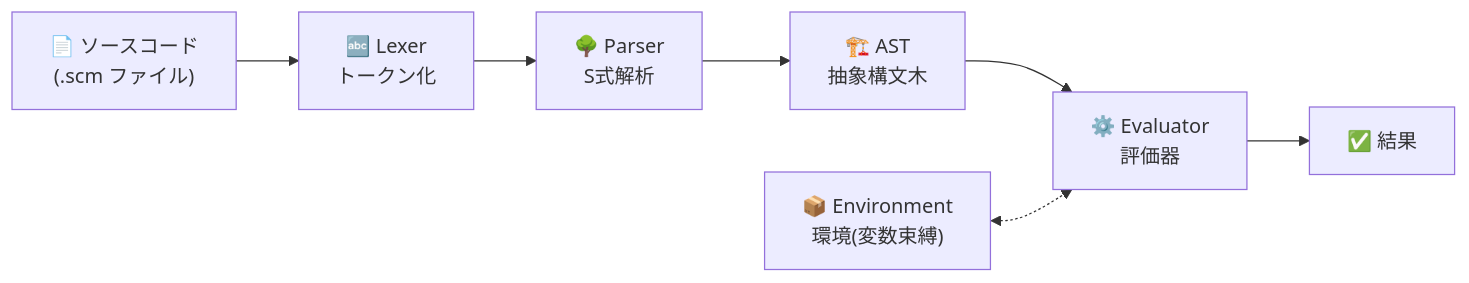
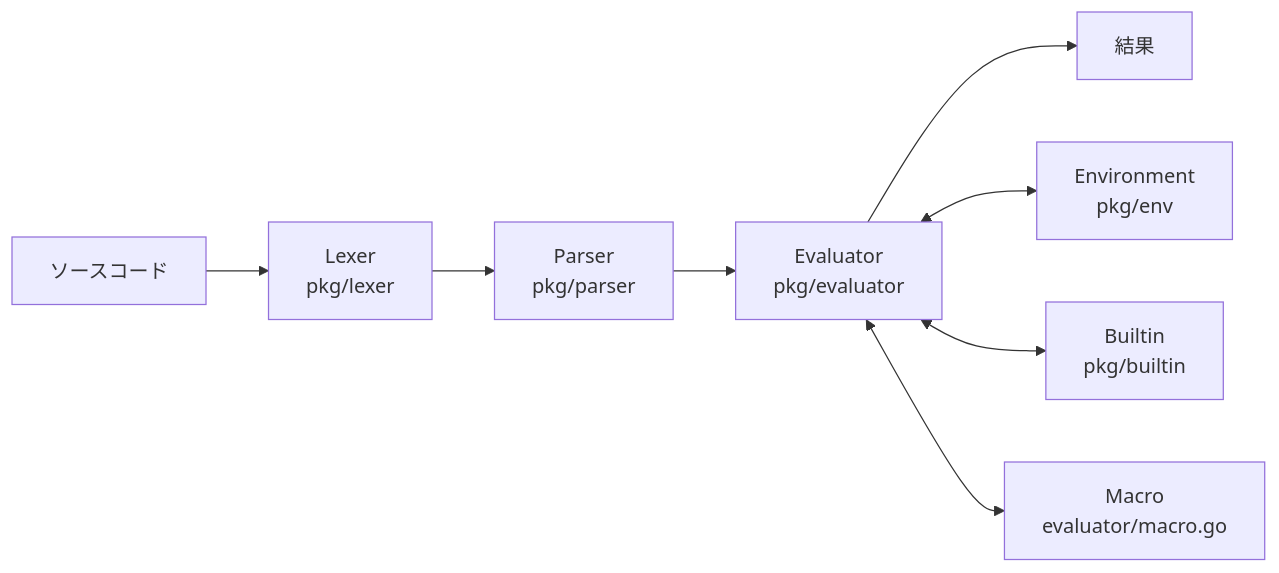
One commit to suchi/sucheme-go changed the diagram in README.md. Above: the diagram before and after it, drawn with Mermaid. The commit also changed other lines of this file and 11 other files, not shown here.

````diff
--- a/README.md
+++ b/README.md
@@ -26,13 +29,10 @@
 ```mermaid
 flowchart LR
-    Source["📄 ソースコード\n(.scm ファイル)"]
-    Lexer["🔤 Lexer\nトークン化"]
-    Parser["🌳 Parser\nS式解析"]
-    AST["🏗️ AST\n抽象構文木"]
-    Evaluator["⚙️ Evaluator\n評価器"]
-    Result["✅ 結果"]
-    Env["📦 Environment\n環境(変数束縛)"]
-
-    Source --> Lexer --> Parser --> AST --> Evaluator --> Result
-    Env <-.-> Evaluator
+    Source["ソースコード"] --> Lexer["Lexer<br/>pkg/lexer"]
+    Lexer --> Parser["Parser<br/>pkg/parser"]
+    Parser --> Evaluator["Evaluator<br/>pkg/evaluator"]
+    Evaluator --> Result["結果"]
+    Evaluator <--> Env["Environment<br/>pkg/env"]
+    Evaluator <--> Builtin["Builtin<br/>pkg/builtin"]
+    Evaluator <--> Macro["Macro<br/>evaluator/macro.go"]
 ```
````
